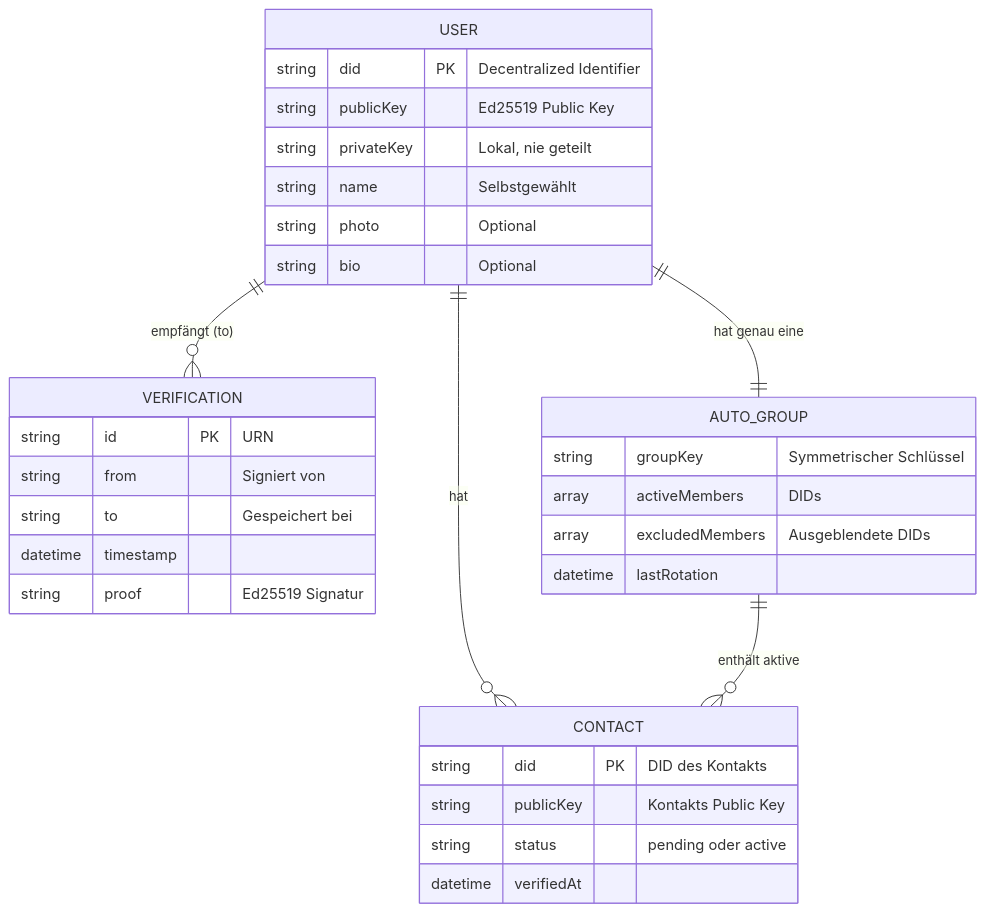
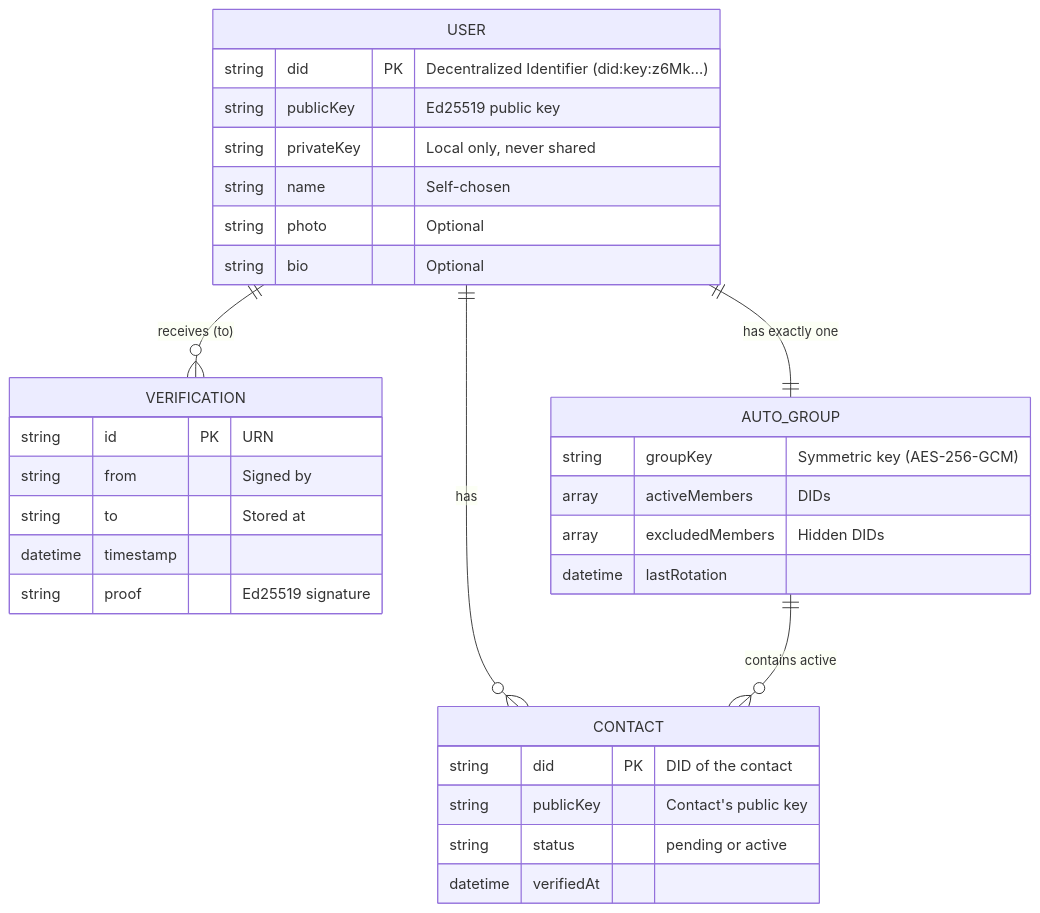
Before and after one commit to IT4Change/web-of-trust: the first of 8 diagrams in docs/flows/02-verification-technical.md, drawn with Mermaid. The commit also changed other lines of this file and 6 other files, not shown here.

````diff
--- a/docs/flows/02-verification-technical.md
+++ b/docs/flows/02-verification-technical.md
@@ -7,38 +7,38 @@
 ```mermaid
 erDiagram
     USER {
-        string did PK "Decentralized Identifier"
-        string publicKey "Ed25519 Public Key"
-        string privateKey "Lokal, nie geteilt"
-        string name "Selbstgewählt"
+        string did PK "Decentralized Identifier (did:key:z6Mk...)"
+        string publicKey "Ed25519 public key"
+        string privateKey "Local only, never shared"
+        string name "Self-chosen"
         string photo "Optional"
         string bio "Optional"
     }
 
     CONTACT {
-        string did PK "DID des Kontakts"
-        string publicKey "Kontakts Public Key"
-        string status "pending oder active"
+        string did PK "DID of the contact"
+        string publicKey "Contact's public key"
+        string status "pending or active"
         datetime verifiedAt
     }
 
     VERIFICATION {
         string id PK "URN"
-        string from "Signiert von"
-        string to "Gespeichert bei"
+        string from "Signed by"
+        string to "Stored at"
         datetime timestamp
-        string proof "Ed25519 Signatur"
+        string proof "Ed25519 signature"
     }
 
     AUTO_GROUP {
-        string groupKey "Symmetrischer Schlüssel"
+        string groupKey "Symmetric key (AES-256-GCM)"
         array activeMembers "DIDs"
-        array excludedMembers "Ausgeblendete DIDs"
+        array excludedMembers "Hidden DIDs"
         datetime lastRotation
     }
 
-    USER ||--o{ CONTACT : "hat"
-    USER ||--o{ VERIFICATION : "empfängt (to)"
-    USER ||--|| AUTO_GROUP : "hat genau eine"
-    AUTO_GROUP ||--o{ CONTACT : "enthält aktive"
+    USER ||--o{ CONTACT : "has"
+    USER ||--o{ VERIFICATION : "receives (to)"
+    USER ||--|| AUTO_GROUP : "has exactly one"
+    AUTO_GROUP ||--o{ CONTACT : "contains active"
 ```
````
